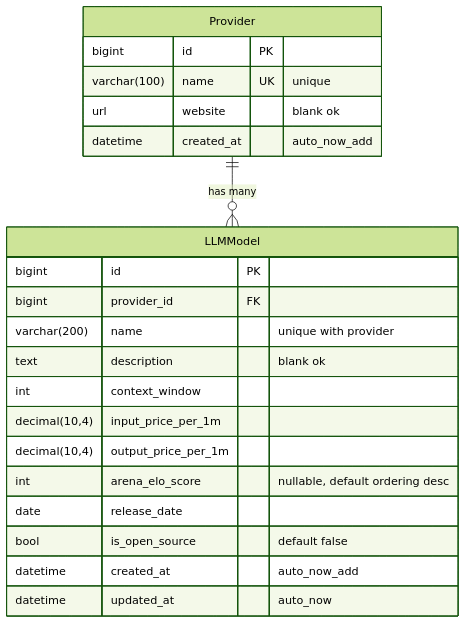
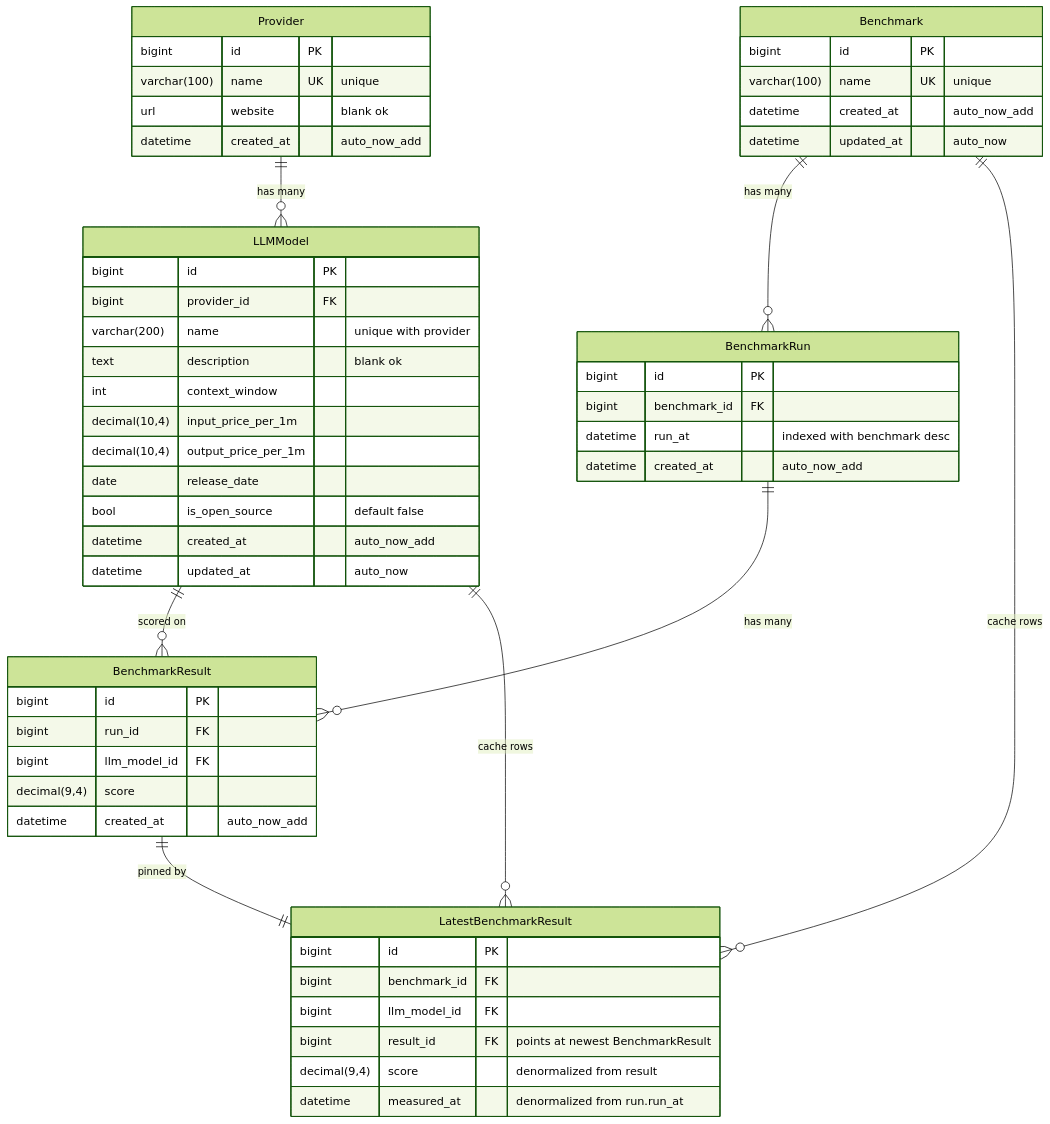
One commit to circadence-official/rangegpt-interview-chris-bush changed the diagram in architecture/ERD.md. Above: the diagram before and after it, drawn with Mermaid (forest theme). The commit also changed other lines of this file and 2 other files, not shown here.

Commit message:
Refresh ERD and OpenAPI for benchmark API
Updates both visualization artifacts to match the post-refactor
schema and API surface.

architecture/ERD.md now diagrams Benchmark, BenchmarkRun,
BenchmarkResult, and LatestBenchmarkResult alongside the
original Provider / LLMModel pair, including the FK graph, the
unique constraints, and the read-path indexes each one relies
on. A short "Why a cache table" section explains why
LatestBenchmarkResult exists -- to keep the leaderboard and
per-model summary endpoints O(rows_returned) rather than
O(history_depth) -- so future contributors can evaluate whether
the extra write-path cost still pays for itself.

architecture/openapi.yaml is regenerated from drf-spectacular
and covers the five new endpoints: benchmark list and detail,
run submission, leaderboard, per-model history, and per-model
summary. Adds an int | None return annotation to
get_arena_elo_score so the spec types the field as integer
instead of defaulting to string (and silences the two
spectacular warnings).

````diff
--- a/architecture/ERD.md
+++ b/architecture/ERD.md
@@ -7,26 +7,62 @@
 ```mermaid
 erDiagram
     Provider ||--o{ LLMModel : "has many"
+    Benchmark ||--o{ BenchmarkRun : "has many"
+    BenchmarkRun ||--o{ BenchmarkResult : "has many"
+    LLMModel ||--o{ BenchmarkResult : "scored on"
+    Benchmark ||--o{ LatestBenchmarkResult : "cache rows"
+    LLMModel ||--o{ LatestBenchmarkResult : "cache rows"
+    BenchmarkResult ||--|| LatestBenchmarkResult : "pinned by"
 
     Provider {
         bigint       id PK
         varchar(100) name UK "unique"
         url          website "blank ok"
         datetime     created_at "auto_now_add"
     }
 
     LLMModel {
         bigint         id PK
         bigint         provider_id FK
         varchar(200)   name "unique with provider"
         text           description "blank ok"
         int            context_window
         decimal(10,4)  input_price_per_1m
         decimal(10,4)  output_price_per_1m
-        int            arena_elo_score "nullable, default ordering desc"
         date           release_date
         bool           is_open_source "default false"
         datetime       created_at "auto_now_add"
         datetime       updated_at "auto_now"
     }
+
+    Benchmark {
+        bigint       id PK
+        varchar(100) name UK "unique"
+        datetime     created_at "auto_now_add"
+        datetime     updated_at "auto_now"
+    }
+
+    BenchmarkRun {
+        bigint   id PK
+        bigint   benchmark_id FK
+        datetime run_at "indexed with benchmark desc"
+        datetime created_at "auto_now_add"
+    }
+
+    BenchmarkResult {
+        bigint        id PK
+        bigint        run_id FK
+        bigint        llm_model_id FK
+        decimal(9,4)  score
+        datetime      created_at "auto_now_add"
+    }
+
+    LatestBenchmarkResult {
+        bigint        id PK
+        bigint        benchmark_id FK
+        bigint        llm_model_id FK
+        bigint        result_id FK "points at newest BenchmarkResult"
+        decimal(9,4)  score "denormalized from result"
+        datetime      measured_at "denormalized from run.run_at"
+    }
 ```
````
